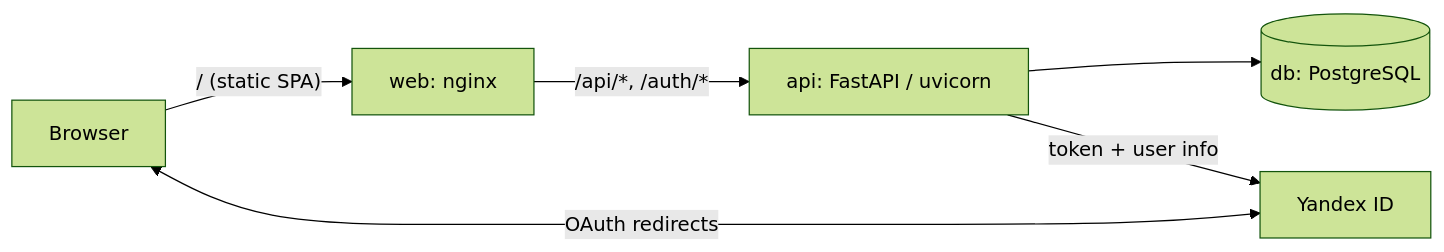
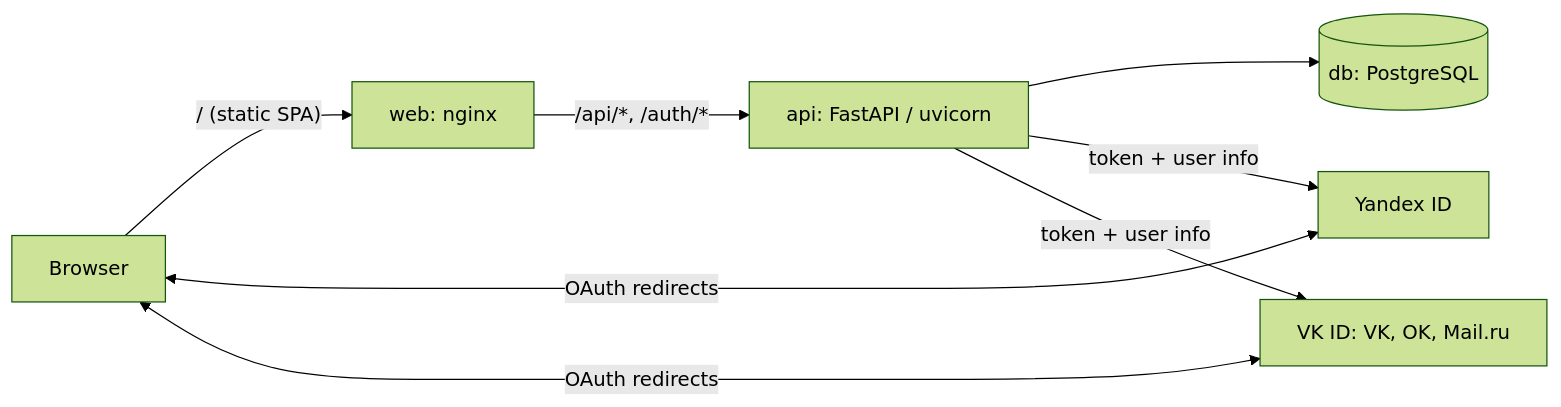
Before and after one commit to TopTuK/LeanProjectSimulator: the diagram in README.md, drawn with Mermaid (forest theme). The commit also changed other lines of this file and 28 other files, not shown here.

````diff
--- a/README.md
+++ b/README.md
@@ -78,8 +134,10 @@
 ```mermaid
 flowchart LR
   B[Browser] -->|"/  (static SPA)"| W[web: nginx]
   W -->|"/api/*, /auth/*"| A[api: FastAPI / uvicorn]
   A --> D[(db: PostgreSQL)]
   B <-->|OAuth redirects| Y[Yandex ID]
   A -->|token + user info| Y
+  B <-->|OAuth redirects| V[VK ID: VK, OK, Mail.ru]
+  A -->|token + user info| V
 ```
````
